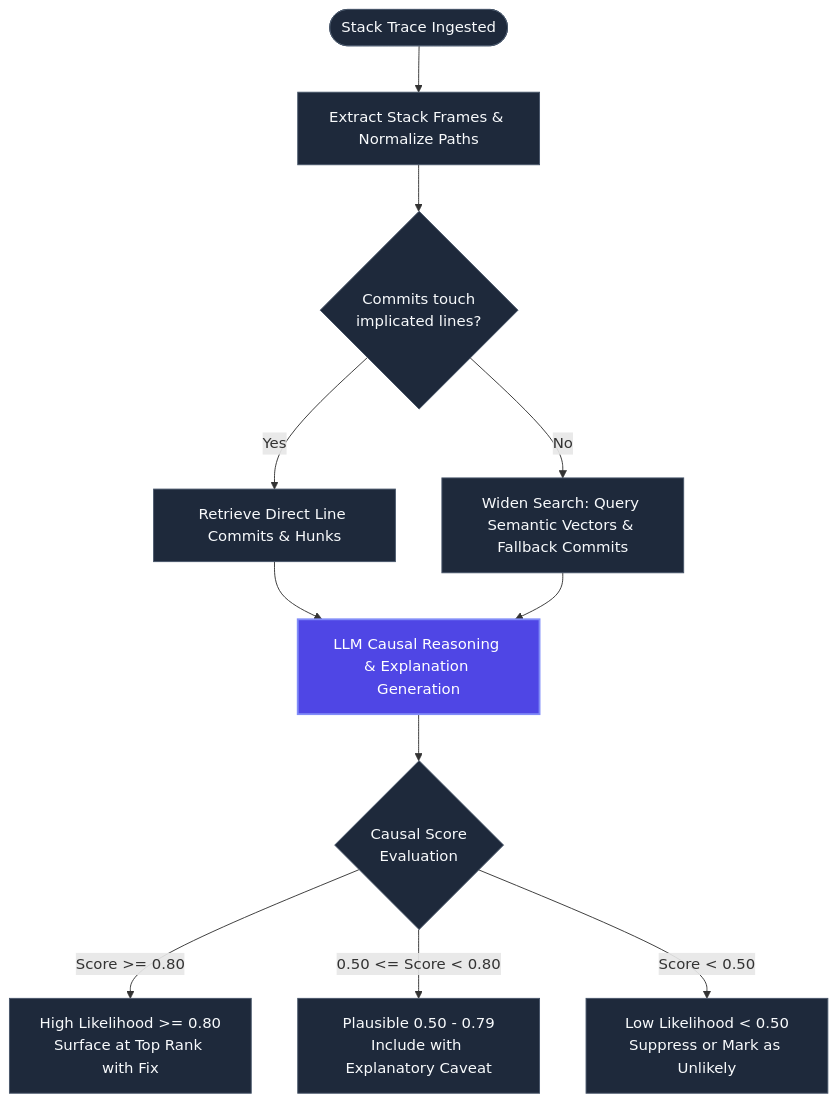
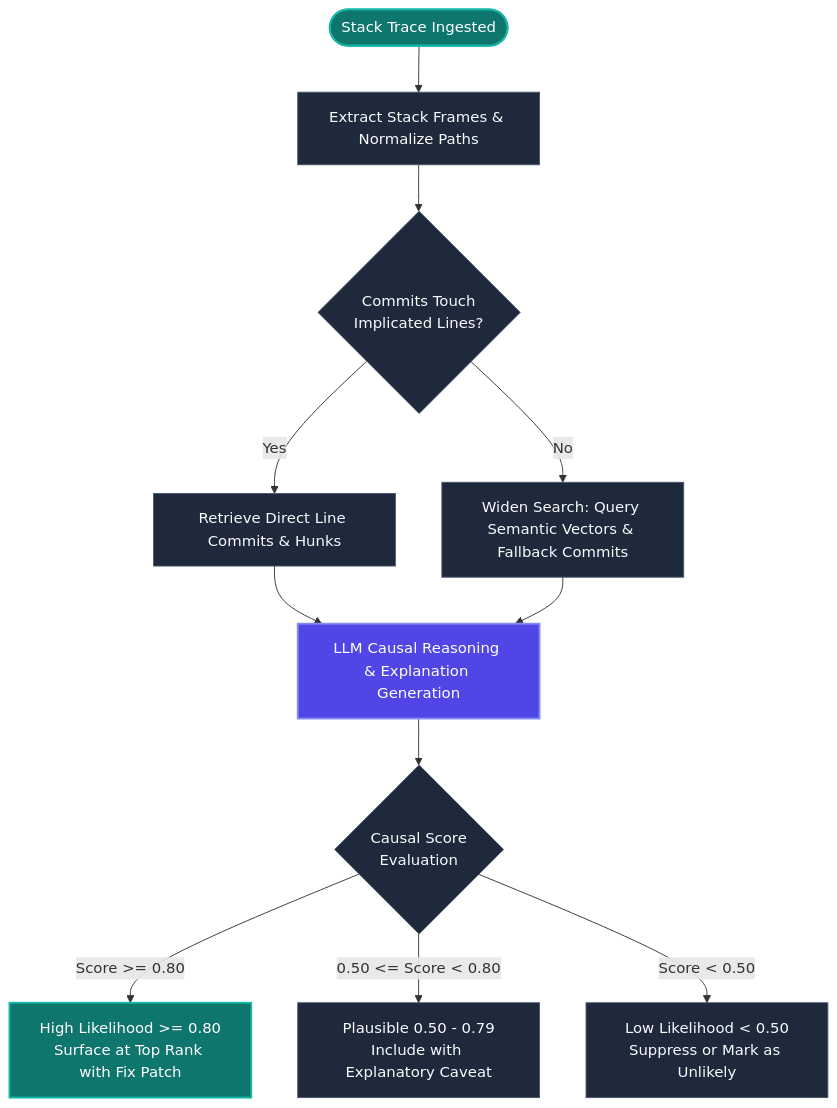
One commit to arnnnnaaavvvvv/CLUDE changed the third of 5 diagrams in README.md. Above: the diagram before and after it, drawn with Mermaid. The commit also changed other lines of this file, not shown here.

Commit message:
docs: overhaul README with architecture, raptor flowcharts and ER diagrams

````diff
--- a/README.md
+++ b/README.md
@@ -347,27 +322,28 @@
 ```mermaid
 flowchart TD
     classDef highlight fill:#4f46e5,stroke:#818cf8,stroke-width:2px,color:#ffffff;
     classDef standard fill:#1e293b,stroke:#475569,stroke-width:1px,color:#f8fafc;
+    classDef terminal fill:#0f766e,stroke:#14b8a6,stroke-width:2px,color:#ffffff;
 
-    START([Stack Trace Ingested]):::standard
+    START([Stack Trace Ingested]):::terminal
     PARSE[Extract Stack Frames & Normalize Paths]:::standard
-    MATCH_CHECK{Commits touch<br/>implicated lines?}:::standard
+    MATCH_CHECK{Commits Touch<br/>Implicated Lines?}:::standard
     DIRECT[Retrieve Direct Line Commits & Hunks]:::standard
     WIDEN[Widen Search: Query Semantic Vectors & Fallback Commits]:::standard
     LLM_CALL[LLM Causal Reasoning & Explanation Generation]:::highlight
     SCORE_CHECK{Causal Score<br/>Evaluation}:::standard
-    SURFACE[High Likelihood >= 0.80<br/>Surface at Top Rank with Fix]:::standard
+    SURFACE[High Likelihood >= 0.80<br/>Surface at Top Rank with Fix Patch]:::terminal
     CAVEAT[Plausible 0.50 - 0.79<br/>Include with Explanatory Caveat]:::standard
     SUPPRESS[Low Likelihood < 0.50<br/>Suppress or Mark as Unlikely]:::standard
 
     START --> PARSE
     PARSE --> MATCH_CHECK
     MATCH_CHECK -- Yes --> DIRECT
     MATCH_CHECK -- No --> WIDEN
     DIRECT --> LLM_CALL
     WIDEN --> LLM_CALL
     LLM_CALL --> SCORE_CHECK
     SCORE_CHECK -- Score >= 0.80 --> SURFACE
     SCORE_CHECK -- 0.50 <= Score < 0.80 --> CAVEAT
     SCORE_CHECK -- Score < 0.50 --> SUPPRESS
 ```
````
